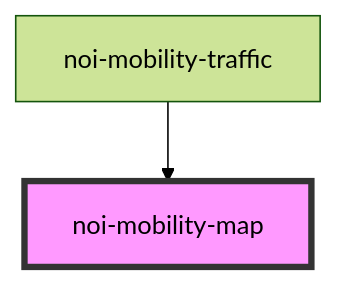
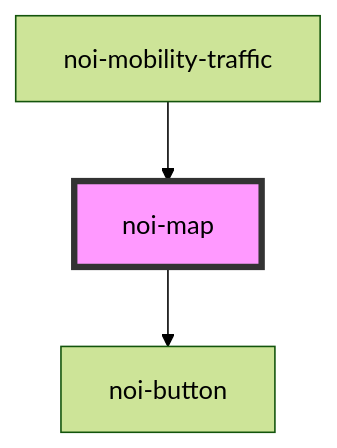
The diagram in src/components/noi-mobility-traffic/blocks/map/readme.md (noi-techpark/webcomp-mobility-traffic), drawn with Mermaid (forest theme) before and after one commit. The commit also changed other lines of this file and 22 other files, not shown here.

````diff
--- a/src/components/noi-mobility-traffic/blocks/map/readme.md
+++ b/src/components/noi-mobility-traffic/blocks/map/readme.md
@@ -36,5 +28,6 @@
 ```mermaid
 graph TD;
-  noi-mobility-traffic --> noi-mobility-map
-  style noi-mobility-map fill:#f9f,stroke:#333,stroke-width:4px
+  noi-map --> noi-button
+  noi-mobility-traffic --> noi-map
+  style noi-map fill:#f9f,stroke:#333,stroke-width:4px
 ```
````
